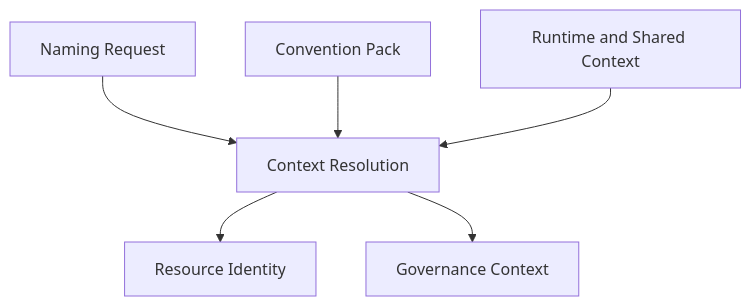
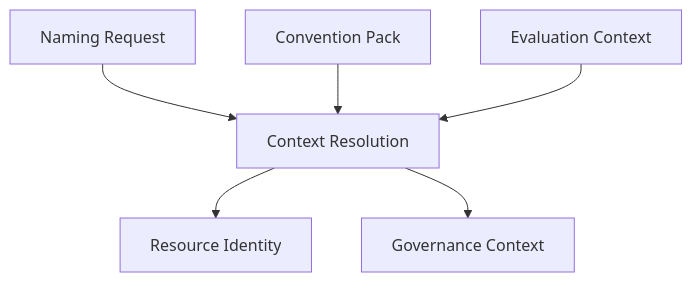
Before and after one commit to lksnext/iac-resource-conventions: the diagram in specification/context-resolution.md, drawn with Mermaid. The commit also changed other lines of this file and 13 other files, not shown here.

Commit message:
docs(specification): refine composable convention architecture

````diff
--- a/specification/context-resolution.md
+++ b/specification/context-resolution.md
@@ -277,8 +316,8 @@
 ```mermaid
 flowchart TD
     NR["Naming Request"] --> CR["Context Resolution"]
     CP["Convention Pack"] --> CR
-    RC["Runtime and Shared Context"] --> CR
+    EC["Evaluation Context"] --> CR
     CR --> RI["Resource Identity"]
     CR --> GC["Governance Context"]
 ```
````
